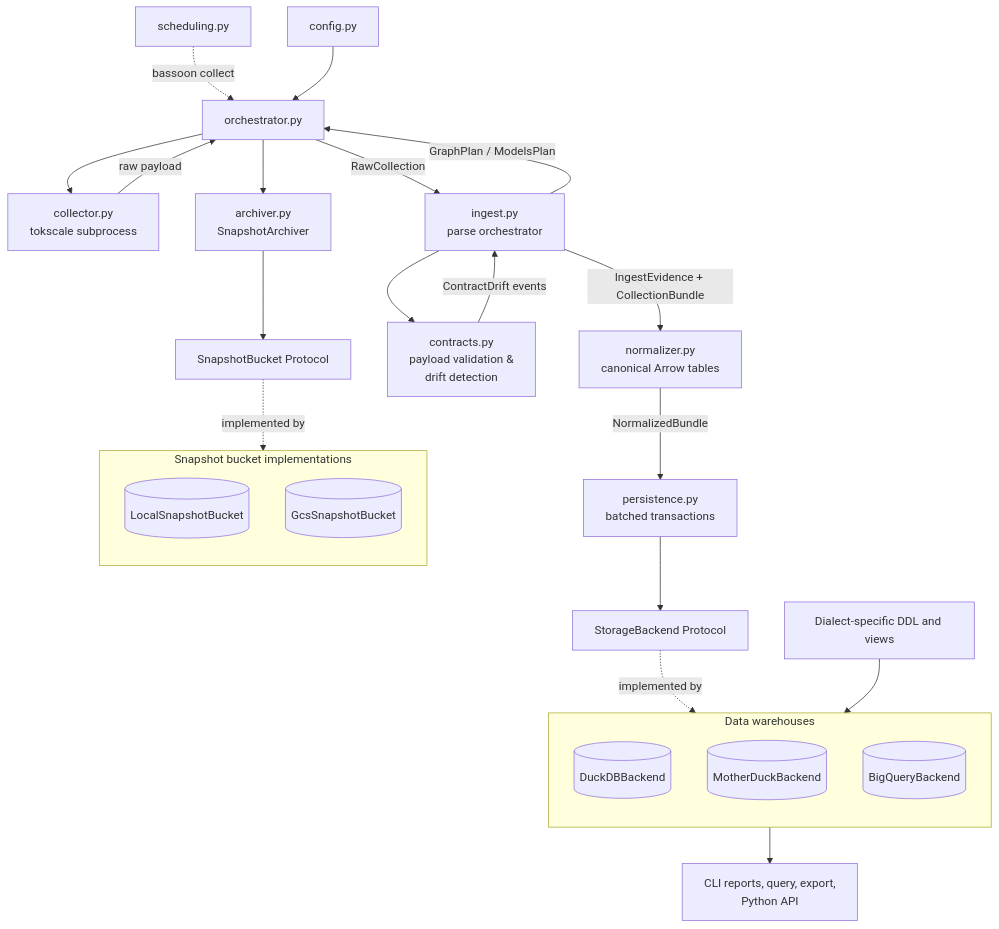
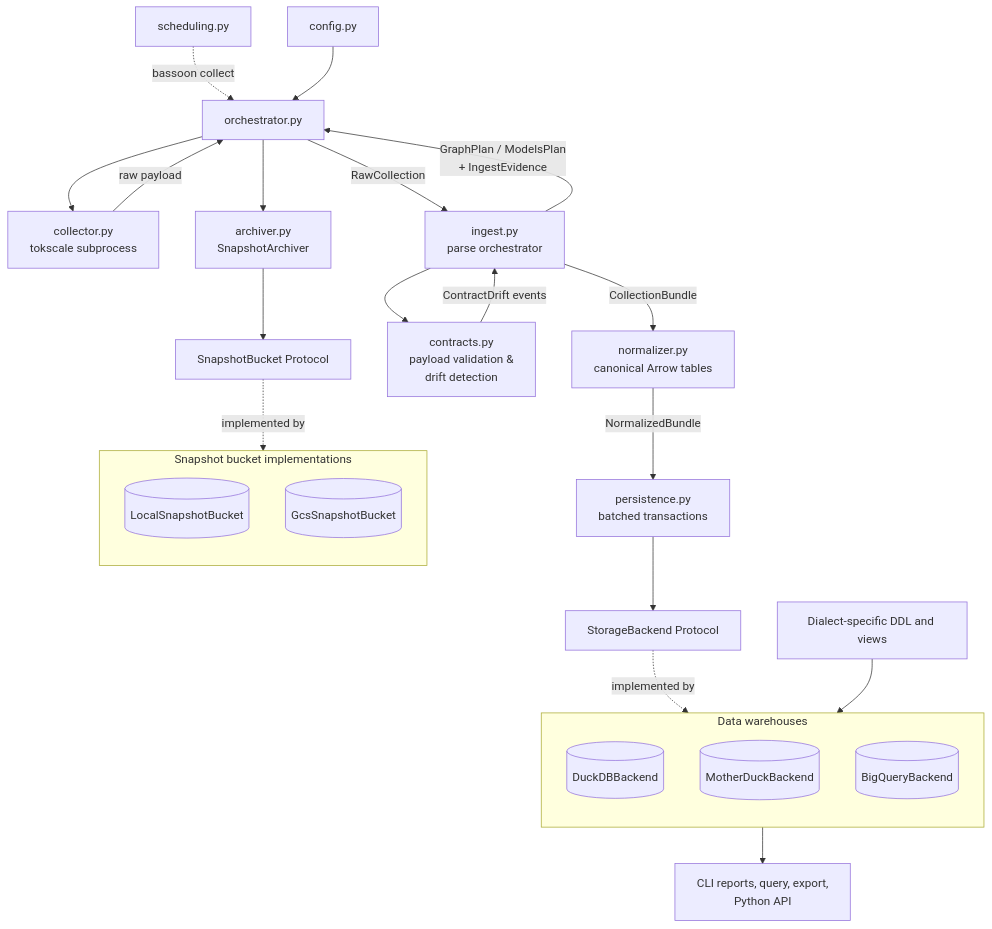
The diagram in CONTRIBUTING.md (israelflores8789/usagebassoon), drawn with Mermaid before and after one commit. The commit also changed 1 other file, not shown here.

Commit message:
updating AGENTS.md with current project structure and data shuttling architecture

````diff
--- a/CONTRIBUTING.md
+++ b/CONTRIBUTING.md
@@ -125,39 +125,39 @@
 ```mermaid
 flowchart TD
       SCH[scheduling.py] -. bassoon collect .-> ORCH[orchestrator.py]
       CFG[config.py] --> ORCH
 
       ORCH --> COL[collector.py<br/>tokscale subprocess]
       COL -->|raw payload| ORCH
       ORCH -->|RawCollection| ING[ingest.py<br/>parse orchestrator]
 
-      ING -->|GraphPlan / ModelsPlan| ORCH
-      ING -->|IngestEvidence + CollectionBundle| NORM[normalizer.py<br/>canonical Arrow tables]
+      ING -->|GraphPlan / ModelsPlan<br/>+ IngestEvidence| ORCH
+      ING -->|CollectionBundle| NORM[normalizer.py<br/>canonical Arrow tables]
 
       ING --> CON[contracts.py<br/>payload validation &<br/>drift detection]
       CON -->|ContractDrift events| ING
 
       NORM -->|NormalizedBundle| PERSIST[persistence.py<br/>batched transactions]
       PERSIST --> BACKEND[StorageBackend Protocol]
 
       subgraph WAREHOUSE[Data warehouses]
           direction TD
           DUCK[(DuckDBBackend)]
           MD[(MotherDuckBackend)]
           BQ[(BigQueryBackend)]
       end
       BACKEND -. implemented by .-> WAREHOUSE
       SQL[Dialect-specific DDL and views] --> WAREHOUSE
 
       ORCH --> ARCH[archiver.py<br/>SnapshotArchiver]
       ARCH --> BUCKET[SnapshotBucket Protocol]
 
       subgraph BUCKETS[Snapshot bucket implementations]
           direction TD
           LOCAL[(LocalSnapshotBucket)]
           GCS[(GcsSnapshotBucket)]
       end
       BUCKET -. implemented by .-> BUCKETS
 
       WAREHOUSE --> OUT[CLI reports, query, export,<br/>Python API]
 ```
````
